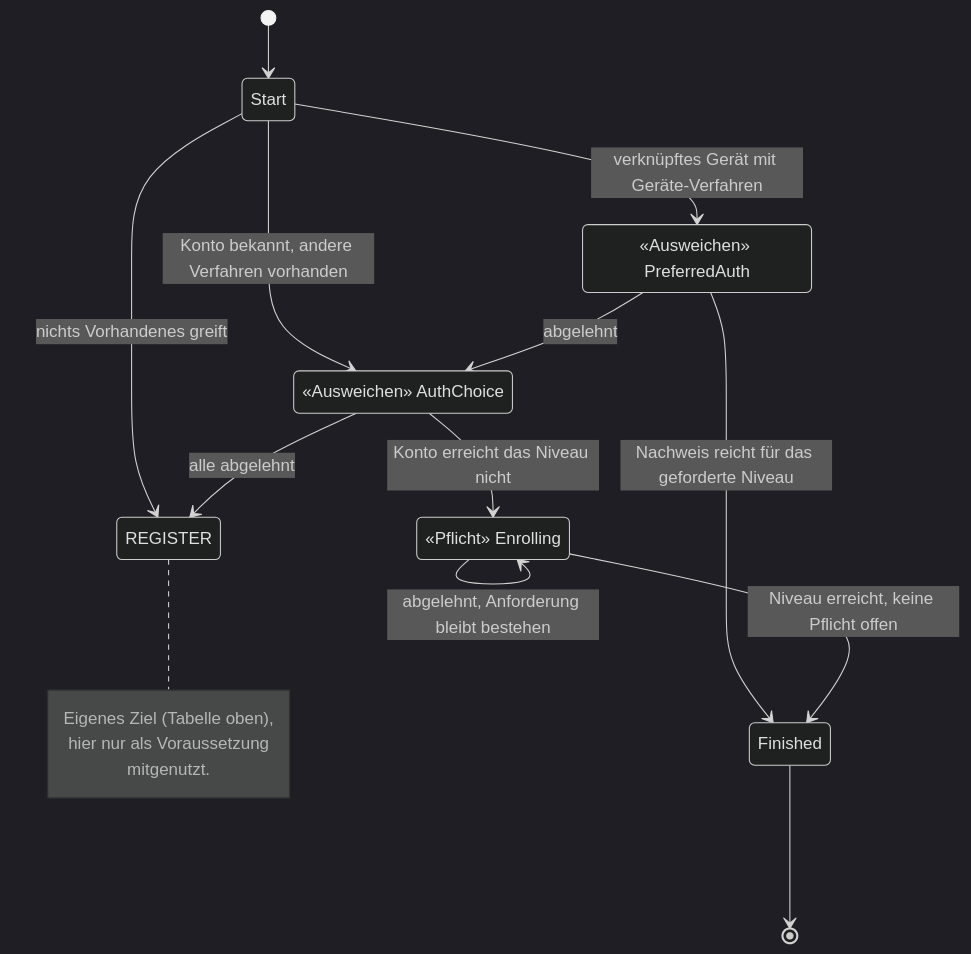
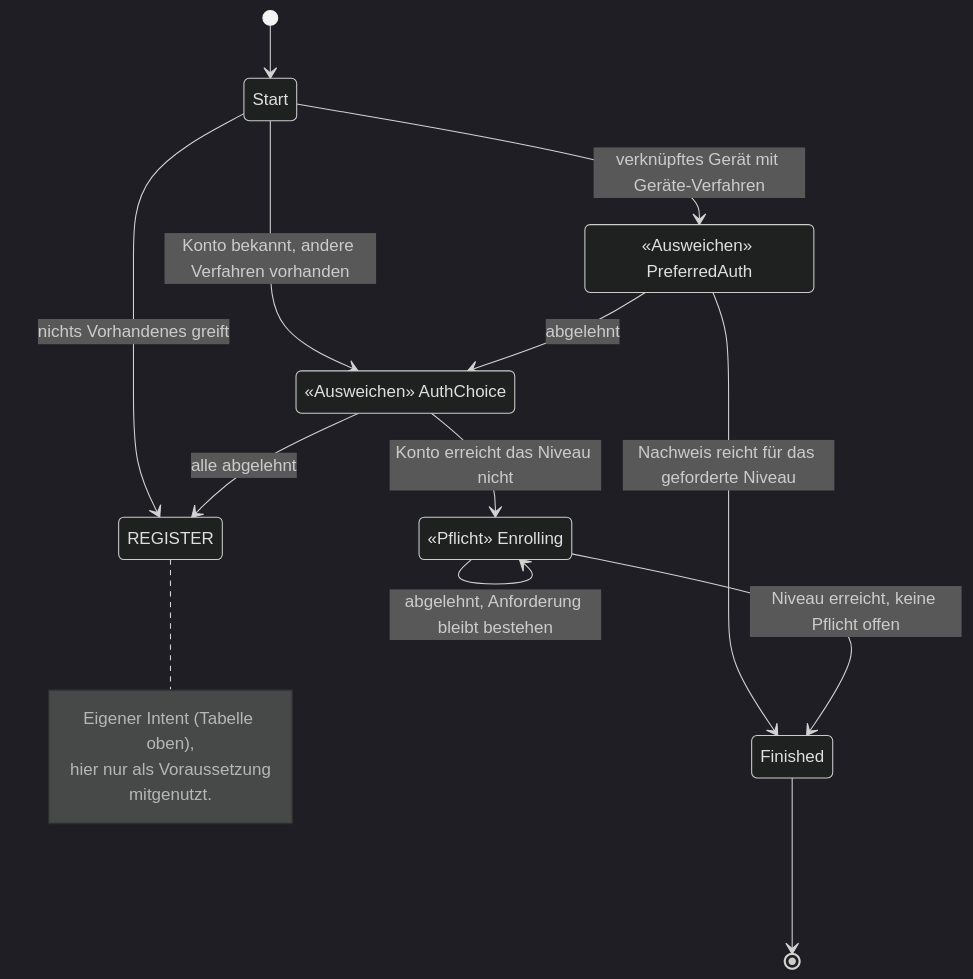
The first of 3 diagrams in docs/04-orchestrierung.md (rpreissel/identity-demo), drawn with Mermaid (dark theme) before and after one commit. The commit also changed other lines of this file and 388 other files, not shown here.

````diff
--- a/docs/04-orchestrierung.md
+++ b/docs/04-orchestrierung.md
@@ -30,27 +30,27 @@
 ```mermaid
 stateDiagram-v2
   state "«Ausweichen» PreferredAuth" as PreferredAuth
   state "«Ausweichen» AuthChoice" as AuthChoice
   state "«Pflicht» Enrolling" as Enrolling
 
   [*] --> Start
   Start --> PreferredAuth: verknüpftes Gerät mit Geräte-Verfahren
   Start --> AuthChoice: Konto bekannt, andere Verfahren vorhanden
   Start --> REGISTER: nichts Vorhandenes greift
 
   PreferredAuth --> AuthChoice: abgelehnt
   AuthChoice --> REGISTER: alle abgelehnt
 
   PreferredAuth --> Finished: Nachweis reicht für das geforderte Niveau
   AuthChoice --> Enrolling: Konto erreicht das Niveau nicht
 
   Enrolling --> Enrolling: abgelehnt, Anforderung bleibt bestehen
   Enrolling --> Finished: Niveau erreicht, keine Pflicht offen
   Finished --> [*]
 
   note right of REGISTER
-    Eigenes Ziel (Tabelle oben),
+    Eigener Intent (Tabelle oben),
     hier nur als Voraussetzung
     mitgenutzt.
   end note
 ```
````
